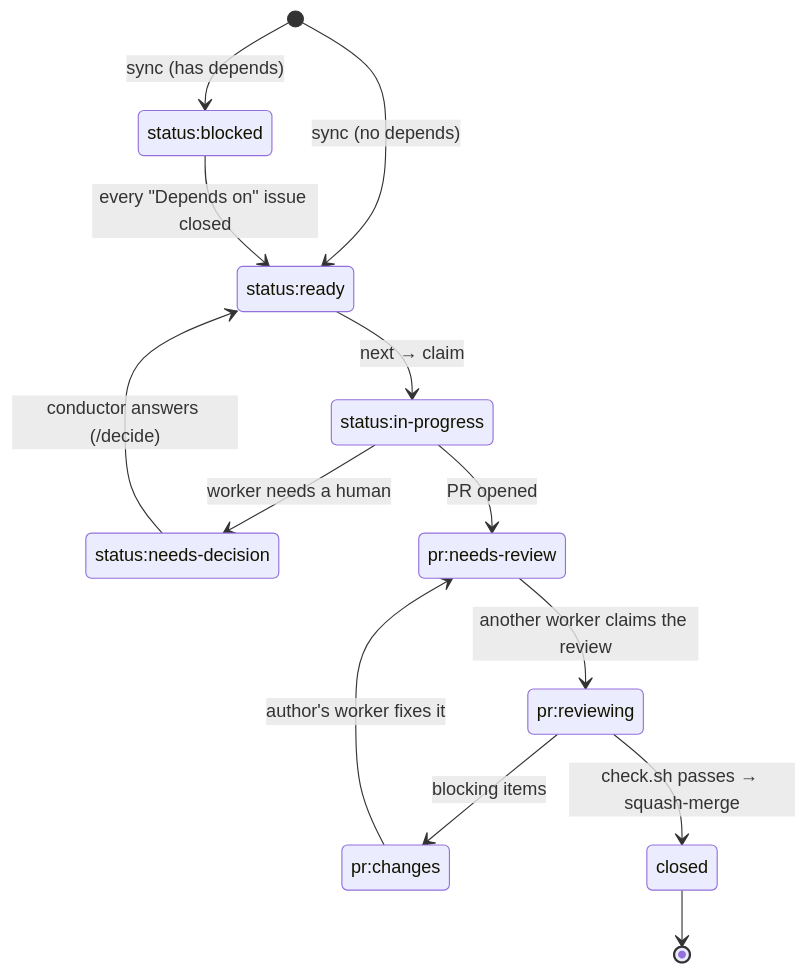
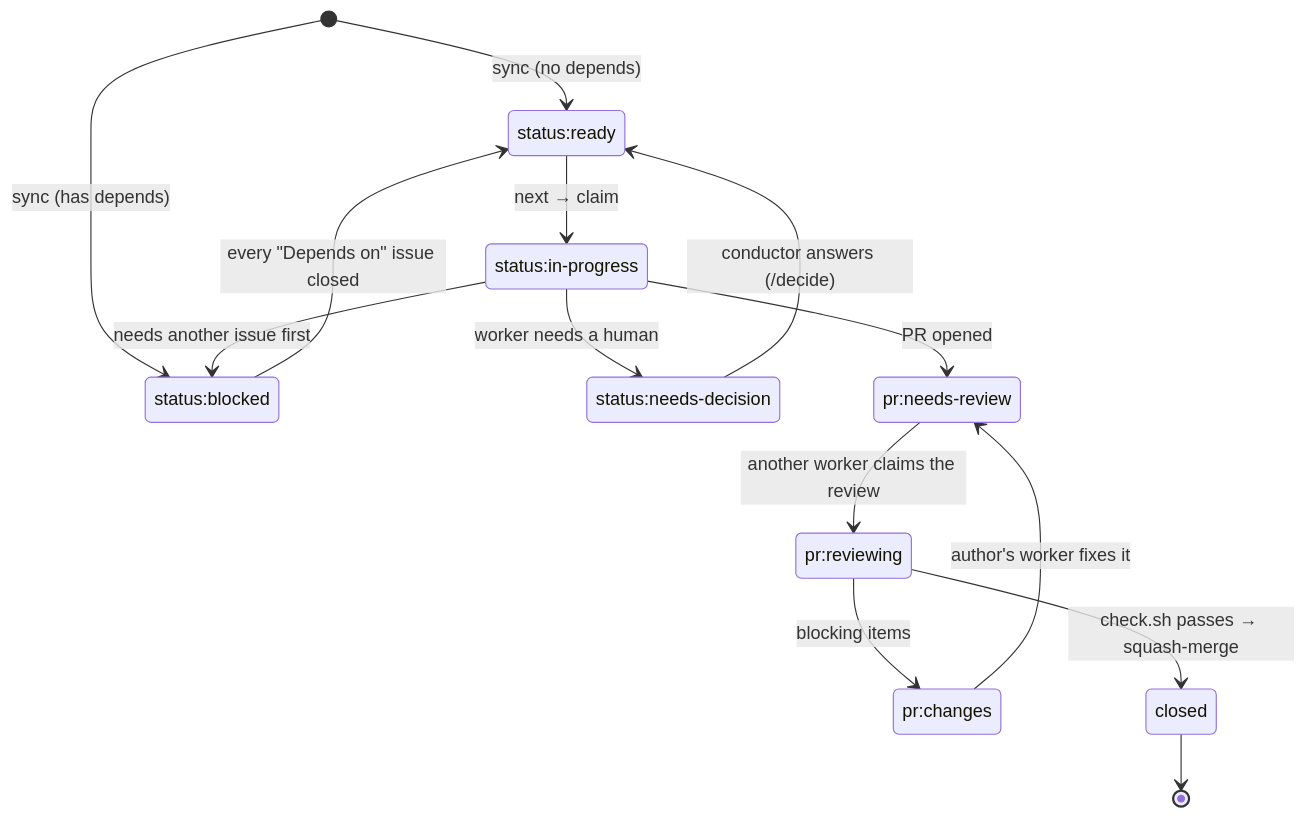
The third of 6 diagrams in README.md (KKogaa/hackathon-sdlc-kit), drawn with Mermaid before and after one commit. The commit also changed other lines of this file and 3 other files, not shown here.

````diff
--- a/README.md
+++ b/README.md
@@ -96,23 +96,24 @@
 ```mermaid
 stateDiagram-v2
     [*] --> ready: sync (no depends)
     [*] --> blocked: sync (has depends)
     blocked --> ready: every "Depends on" issue closed
     ready --> in_progress: next → claim
+    in_progress --> blocked: needs another issue first
     in_progress --> decision: worker needs a human
     decision --> ready: conductor answers (/decide)
     in_progress --> needs_review: PR opened
     needs_review --> reviewing: another worker claims the review
     reviewing --> changes: blocking items
     changes --> needs_review: author's worker fixes it
     reviewing --> closed: check.sh passes → squash-merge
     closed --> [*]
 
     state "status:ready" as ready
     state "status:blocked" as blocked
     state "status:in-progress" as in_progress
     state "status:needs-decision" as decision
     state "pr:needs-review" as needs_review
     state "pr:reviewing" as reviewing
     state "pr:changes" as changes
 ```
````
